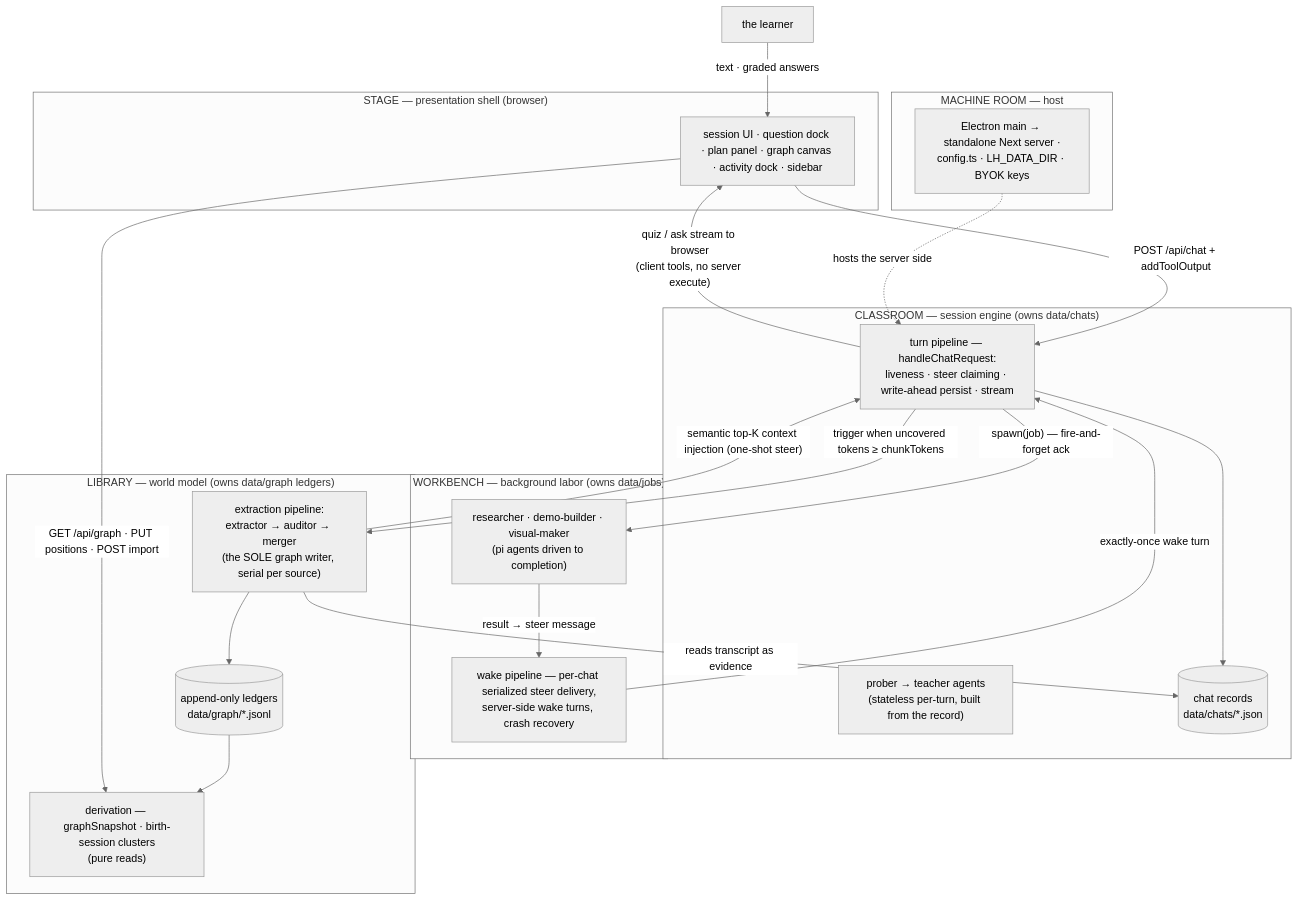
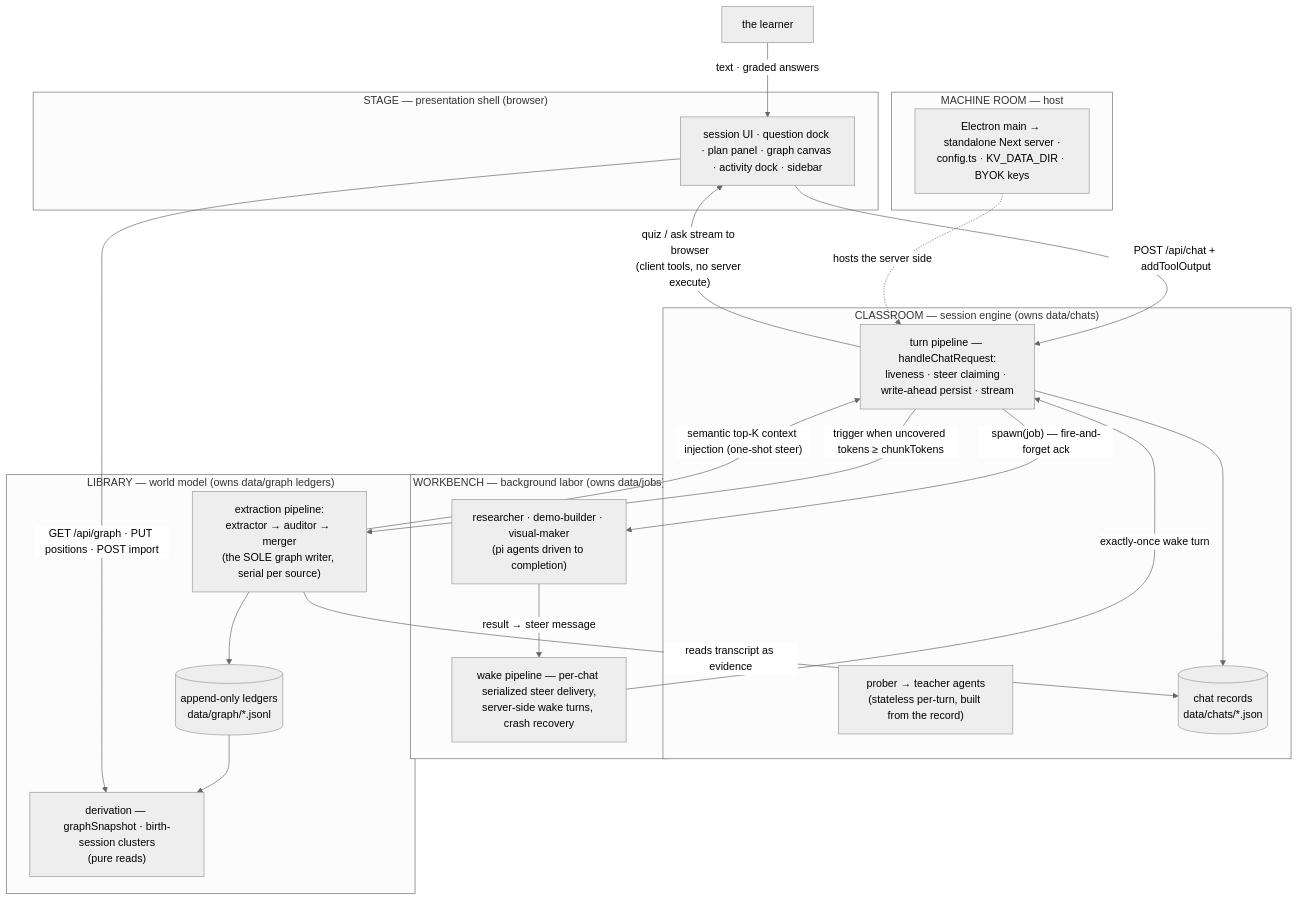
One commit to Bharambe-NL/kvasir changed the diagram in docs/development.md. Above: the diagram before and after it, drawn with Mermaid (neutral theme). The commit also changed other lines of this file and 137 other files, not shown here.

````diff
--- a/docs/development.md
+++ b/docs/development.md
@@ -65,44 +65,44 @@
 ```mermaid
 flowchart TB
     LEARNER["the learner"]
 
     subgraph STAGE["STAGE — presentation shell (browser)"]
         UI["session UI · question dock · plan panel · graph canvas · activity dock · sidebar"]
     end
 
     subgraph CLASSROOM["CLASSROOM — session engine (owns data/chats)"]
         TURN["turn pipeline — handleChatRequest:<br/>liveness · steer claiming · write-ahead persist · stream"]
         AGENTS["prober → teacher agents<br/>(stateless per-turn, built from the record)"]
         CHATDATA[("chat records<br/>data/chats/*.json")]
     end
 
     subgraph WORKBENCH["WORKBENCH — background labor (owns data/jobs)"]
         SUBS["researcher · demo-builder · visual-maker<br/>(pi agents driven to completion)"]
         WAKE["wake pipeline — per-chat serialized steer delivery,<br/>server-side wake turns, crash recovery"]
     end
 
     subgraph LIBRARY["LIBRARY — world model (owns data/graph ledgers)"]
         EXTRACT["extraction pipeline:<br/>extractor → auditor → merger<br/>(the SOLE graph writer, serial per source)"]
         DERIVE["derivation — graphSnapshot · birth-session clusters<br/>(pure reads)"]
         LEDG[("append-only ledgers<br/>data/graph/*.jsonl")]
     end
 
     subgraph ROOM["MACHINE ROOM — host"]
-        HOST["Electron main → standalone Next server ·<br/>config.ts · LH_DATA_DIR · BYOK keys"]
+        HOST["Electron main → standalone Next server ·<br/>config.ts · KV_DATA_DIR · BYOK keys"]
     end
 
     LEARNER -->|"text · graded answers"| UI
     UI -->|"POST /api/chat + addToolOutput"| TURN
     TURN -->|"quiz / ask stream to browser<br/>(client tools, no server execute)"| UI
     TURN --> CHATDATA
     TURN -->|"spawn(job) — fire-and-forget ack"| SUBS
     SUBS -->|"result → steer message"| WAKE
     WAKE -->|"exactly-once wake turn"| TURN
     TURN -->|"trigger when uncovered tokens ≥ chunkTokens"| EXTRACT
     EXTRACT -->|"reads transcript as evidence"| CHATDATA
     EXTRACT --> LEDG
     EXTRACT -->|"semantic top-K context injection (one-shot steer)"| TURN
     LEDG --> DERIVE
     UI -->|"GET /api/graph · PUT positions · POST import"| DERIVE
     HOST -.->|"hosts the server side"| TURN
 ```
````
